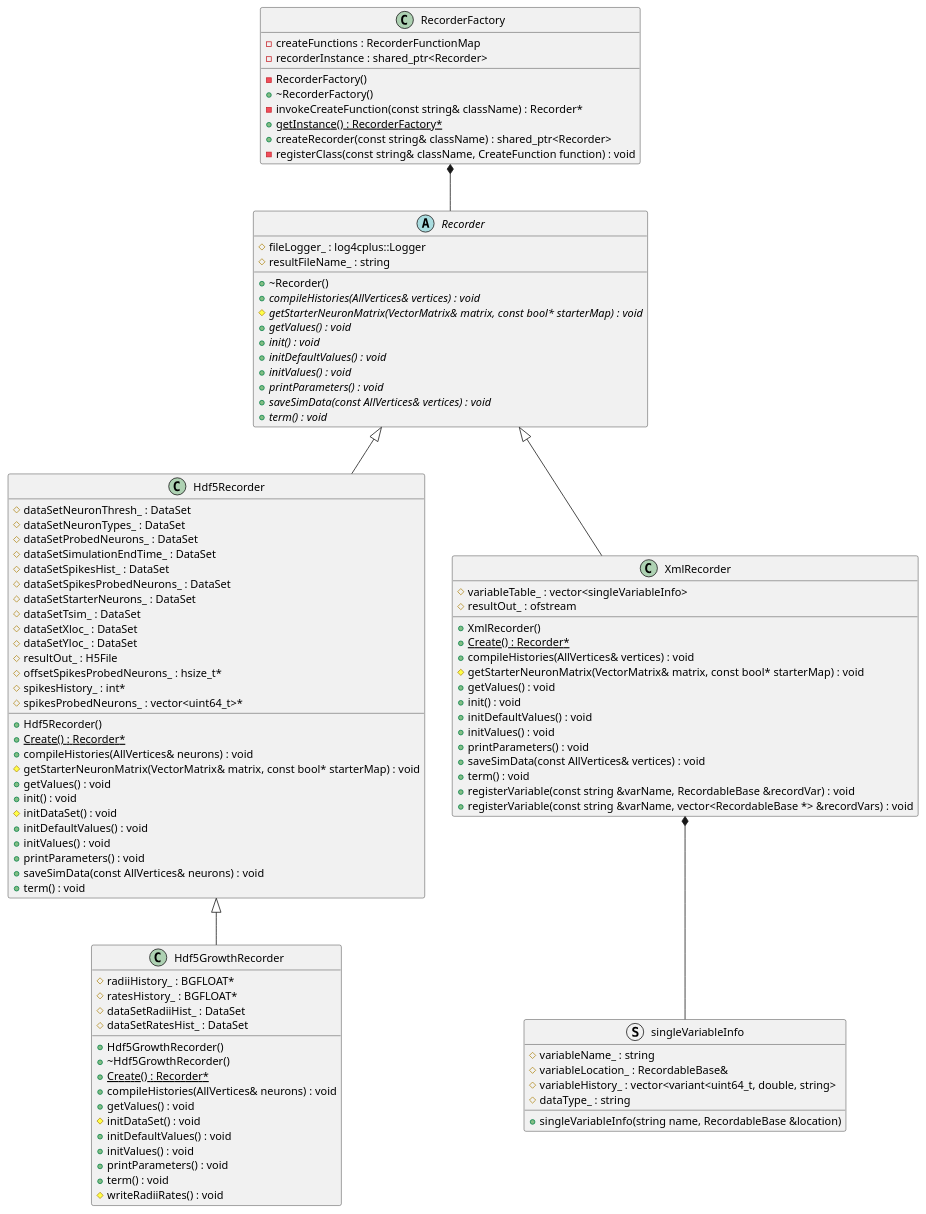
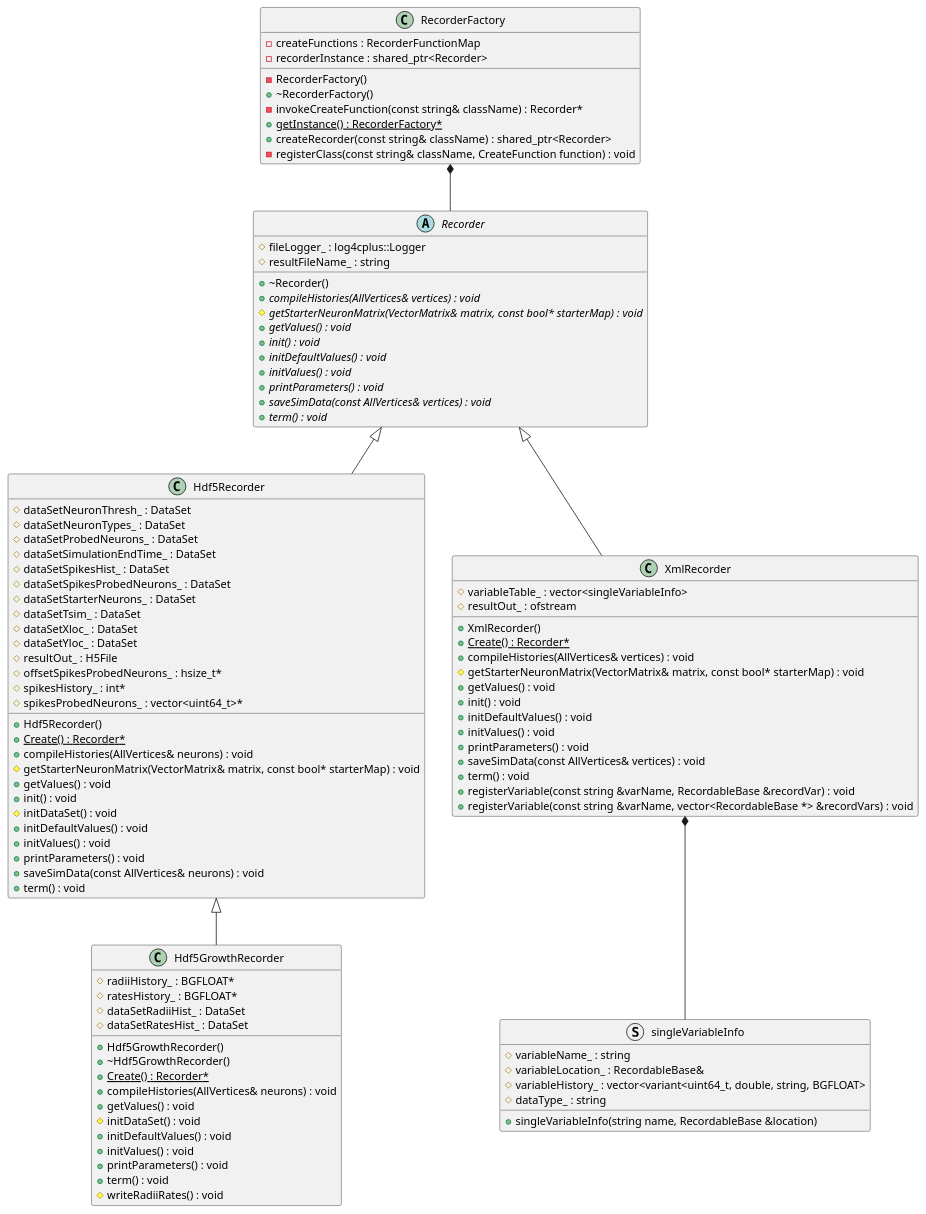
Before and after one commit to UWB-Biocomputing/Graphitti: the diagram in docs/Developer/ClassDiagrams/recorder.puml, drawn with PlantUML. The commit also changed 12 other files, not shown here.

```diff
--- a/docs/Developer/ClassDiagrams/recorder.puml
+++ b/docs/Developer/ClassDiagrams/recorder.puml
@@ -1,147 +1,147 @@
 @startuml RecorderClassDiagram
 
 
 
 
 
 /' Objects '/
 
 class Hdf5GrowthRecorder {
 	+Hdf5GrowthRecorder()
 	+~Hdf5GrowthRecorder()
 	#radiiHistory_ : BGFLOAT*
 	#ratesHistory_ : BGFLOAT*
 	#dataSetRadiiHist_ : DataSet
 	#dataSetRatesHist_ : DataSet
 	+{static} Create() : Recorder*
 	+compileHistories(AllVertices& neurons) : void
 	+getValues() : void
 	#initDataSet() : void
 	+initDefaultValues() : void
 	+initValues() : void
 	+printParameters() : void
 	+term() : void
 	#writeRadiiRates() : void
 }
 
 
 class Hdf5Recorder {
 	+Hdf5Recorder()
 	#dataSetNeuronThresh_ : DataSet
 	#dataSetNeuronTypes_ : DataSet
 	#dataSetProbedNeurons_ : DataSet
 	#dataSetSimulationEndTime_ : DataSet
 	#dataSetSpikesHist_ : DataSet
 	#dataSetSpikesProbedNeurons_ : DataSet
 	#dataSetStarterNeurons_ : DataSet
 	#dataSetTsim_ : DataSet
 	#dataSetXloc_ : DataSet
 	#dataSetYloc_ : DataSet
 	#resultOut_ : H5File
 	+{static} Create() : Recorder*
 	#offsetSpikesProbedNeurons_ : hsize_t*
 	#spikesHistory_ : int*
 	#spikesProbedNeurons_ : vector<uint64_t>*
 	+compileHistories(AllVertices& neurons) : void
 	#getStarterNeuronMatrix(VectorMatrix& matrix, const bool* starterMap) : void
 	+getValues() : void
 	+init() : void
 	#initDataSet() : void
 	+initDefaultValues() : void
 	+initValues() : void
 	+printParameters() : void
 	+saveSimData(const AllVertices& neurons) : void
 	+term() : void
 }
 
 
 abstract class Recorder {
 	+~Recorder()
 	#fileLogger_ : log4cplus::Logger
 	#resultFileName_ : string
 	+{abstract} compileHistories(AllVertices& vertices) : void
 	#{abstract} getStarterNeuronMatrix(VectorMatrix& matrix, const bool* starterMap) : void
 	+{abstract} getValues() : void
 	+{abstract} init() : void
 	+{abstract} initDefaultValues() : void
 	+{abstract} initValues() : void
 	+{abstract} printParameters() : void
 	+{abstract} saveSimData(const AllVertices& vertices) : void
 	+{abstract} term() : void
 }
 
 
 class RecorderFactory {
 	-RecorderFactory()
 	+~RecorderFactory()
 	-invokeCreateFunction(const string& className) : Recorder*
 	+{static} getInstance() : RecorderFactory*
 	-createFunctions : RecorderFunctionMap
 	+createRecorder(const string& className) : shared_ptr<Recorder>
 	-recorderInstance : shared_ptr<Recorder>
 	-registerClass(const string& className, CreateFunction function) : void
 }
 
 
 class XmlRecorder {
 	+XmlRecorder()
 	+{static} Create() : Recorder*
 	#variableTable_ : vector<singleVariableInfo>
 	#resultOut_ : ofstream
 	+compileHistories(AllVertices& vertices) : void
 	#getStarterNeuronMatrix(VectorMatrix& matrix, const bool* starterMap) : void
 	+getValues() : void
 	+init() : void
 	+initDefaultValues() : void
 	+initValues() : void
 	+printParameters() : void
 	+saveSimData(const AllVertices& vertices) : void
 	+term() : void
 	+registerVariable(const string &varName, RecordableBase &recordVar) : void
 	+registerVariable(const string &varName, vector<RecordableBase *> &recordVars) : void
 	
 	/' methods only used for unit test 
 	+XmlRecorder(string fileName_)
 	+getVariableName(int numIndex) const : const string&
 	+getSingleVariable(int numIndex) const : &RecordableBase
-	+getHistory() const : const &vector<variant<uint64_t, double, string>>
+	+getHistory() const : const &vector<variant<uint64_t, double, string, BGFLOAT>>
 	'/
 }
 
 struct singleVariableInfo {
 	#variableName_ : string
 	#variableLocation_ : RecordableBase&
-	#variableHistory_ : vector<variant<uint64_t, double, string>
+	#variableHistory_ : vector<variant<uint64_t, double, string, BGFLOAT>
 	#dataType_ : string
 	+singleVariableInfo(string name, RecordableBase &location)
 }
 
 
 
 /' Inheritance relationships '/
 
 .Hdf5Recorder <|-- .Hdf5GrowthRecorder
 
 
 .Recorder <|-- .Hdf5Recorder
 
 
 .Recorder <|-- .XmlRecorder
 
 
 /' Aggregation relationships '/
 
 .RecorderFactory *-- .Recorder
 
 /' Composition relationships '/
 
 .XmlRecorder *-- .singleVariableInfo
 
 
 
 
 /' Nested objects '/
 
 
 
 @enduml
```
